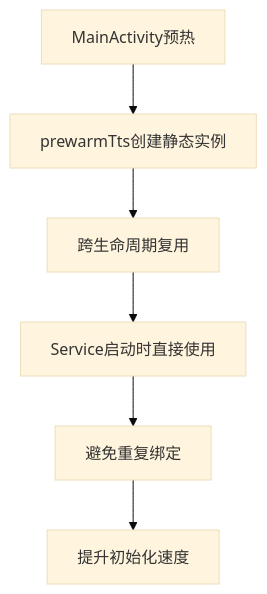
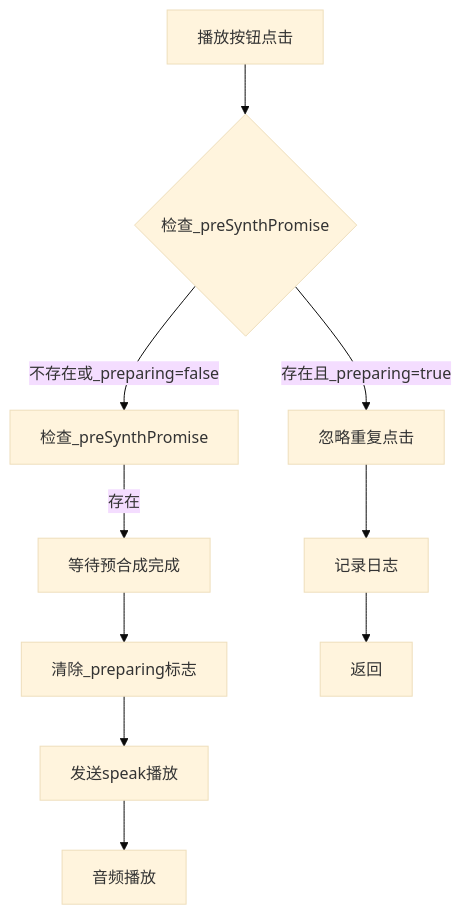
One commit to zhao-zg/cx changed the seventh of 12 diagrams in .qoder/repowiki/zh/content/移动应用开发/TTS静态实例管理系统.md. Above: the diagram before and after it, drawn with Mermaid (base theme). The commit also changed other lines of this file and 16 other files, not shown here.

````diff
--- a/.qoder/repowiki/zh/content/移动应用开发/TTS静态实例管理系统.md
+++ b/.qoder/repowiki/zh/content/移动应用开发/TTS静态实例管理系统.md
@@ -372,8 +365,12 @@
 ```mermaid
 flowchart TD
-A[MainActivity预热] --> B[prewarmTts创建静态实例]
-B --> C[跨生命周期复用]
-C --> D[Service启动时直接使用]
-D --> E[避免重复绑定]
-E --> F[提升初始化速度]
+A[播放按钮点击] --> B{检查_preSynthPromise}
+B --> |存在且_preparing=true| C[忽略重复点击]
+B --> |不存在或_preparing=false| D[检查_preSynthPromise]
+D --> |存在| E[等待预合成完成]
+E --> F[清除_preparing标志]
+F --> G[发送speak播放]
+C --> H[记录日志]
+H --> I[返回]
+G --> J[音频播放]
 ```
````
